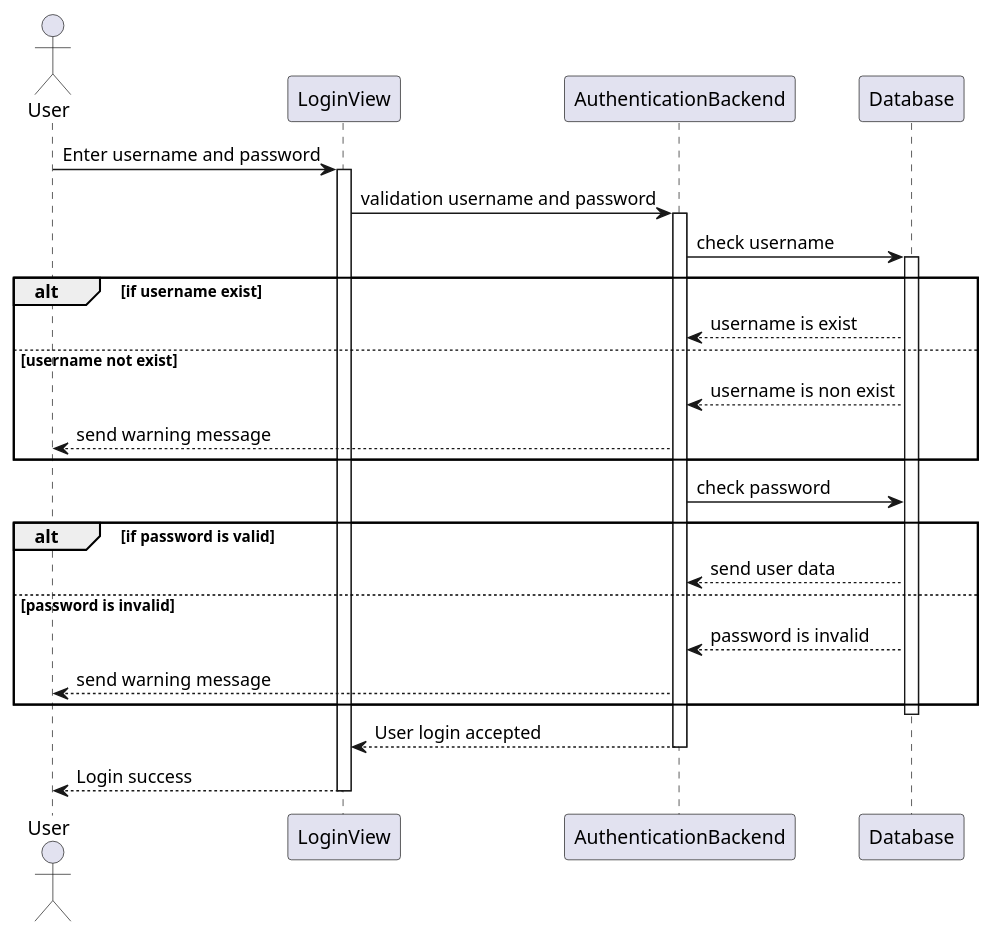
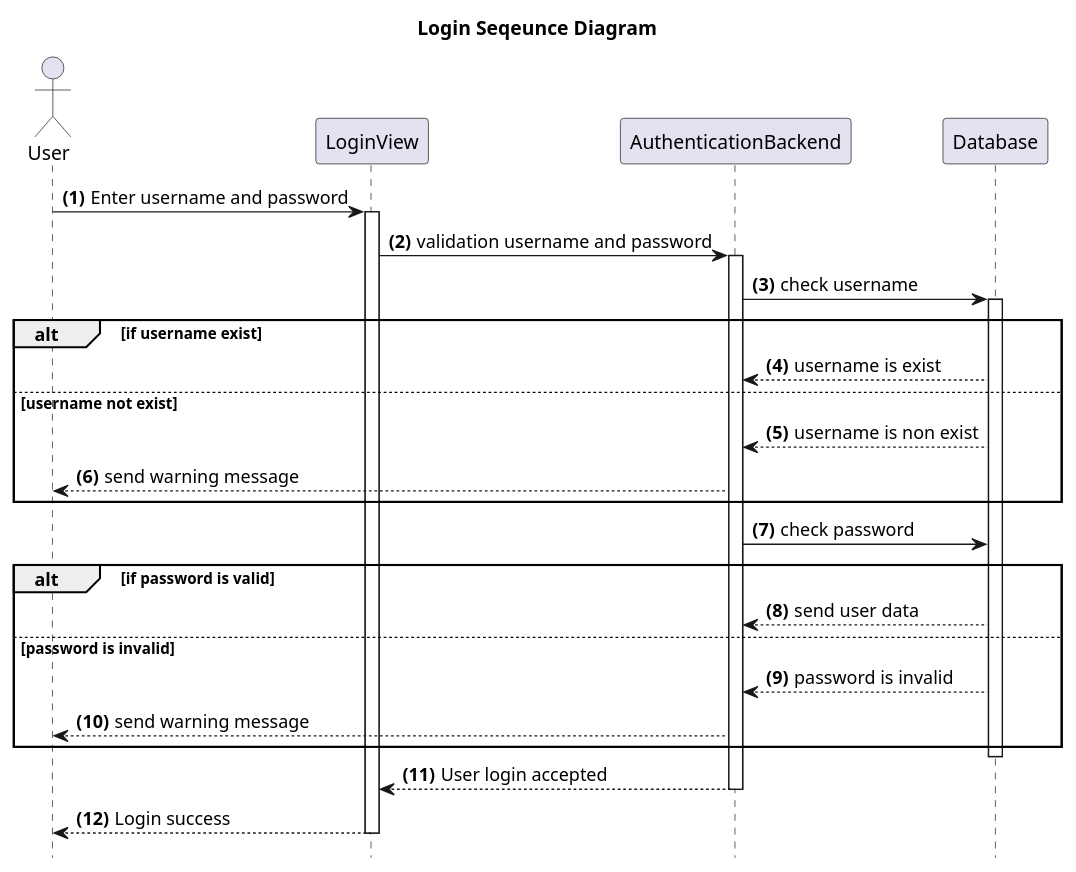
One commit to Kritsanawipankhet/CE64-41 changed the diagram in documents/diagrams/src/web-client/login.wsd. Above: the diagram before and after it, drawn with PlantUML. The commit also changed 11 other files, not shown here.

Commit message:
hide footbox

```diff
--- a/documents/diagrams/src/web-client/login.wsd
+++ b/documents/diagrams/src/web-client/login.wsd
@@ -1,27 +1,30 @@
 @startuml
+title **Login** Seqeunce Diagram
+hide footbox
 Actor User
+autonumber "<b>(0)"
 User -> LoginView : Enter username and password
 activate LoginView
 LoginView -> AuthenticationBackend : validation username and password
 activate AuthenticationBackend
 AuthenticationBackend -> Database : check username
 activate Database
 alt if username exist
-Database --> AuthenticationBackend : username is exist
+    Database --> AuthenticationBackend : username is exist
 else username not exist
-Database --> AuthenticationBackend : username is non exist
-AuthenticationBackend --> User : send warning message
+    Database --> AuthenticationBackend : username is non exist
+    AuthenticationBackend --> User : send warning message
 end
 AuthenticationBackend -> Database : check password
 alt if password is valid
-Database --> AuthenticationBackend : send user data
+    Database --> AuthenticationBackend : send user data
 else password is invalid
-Database --> AuthenticationBackend : password is invalid
-AuthenticationBackend --> User : send warning message
+    Database --> AuthenticationBackend : password is invalid
+    AuthenticationBackend --> User : send warning message
 end
 deactivate Database
 AuthenticationBackend --> LoginView : User login accepted
 deactivate AuthenticationBackend
 LoginView --> User : Login success
 deactivate LoginView
 @enduml
```
